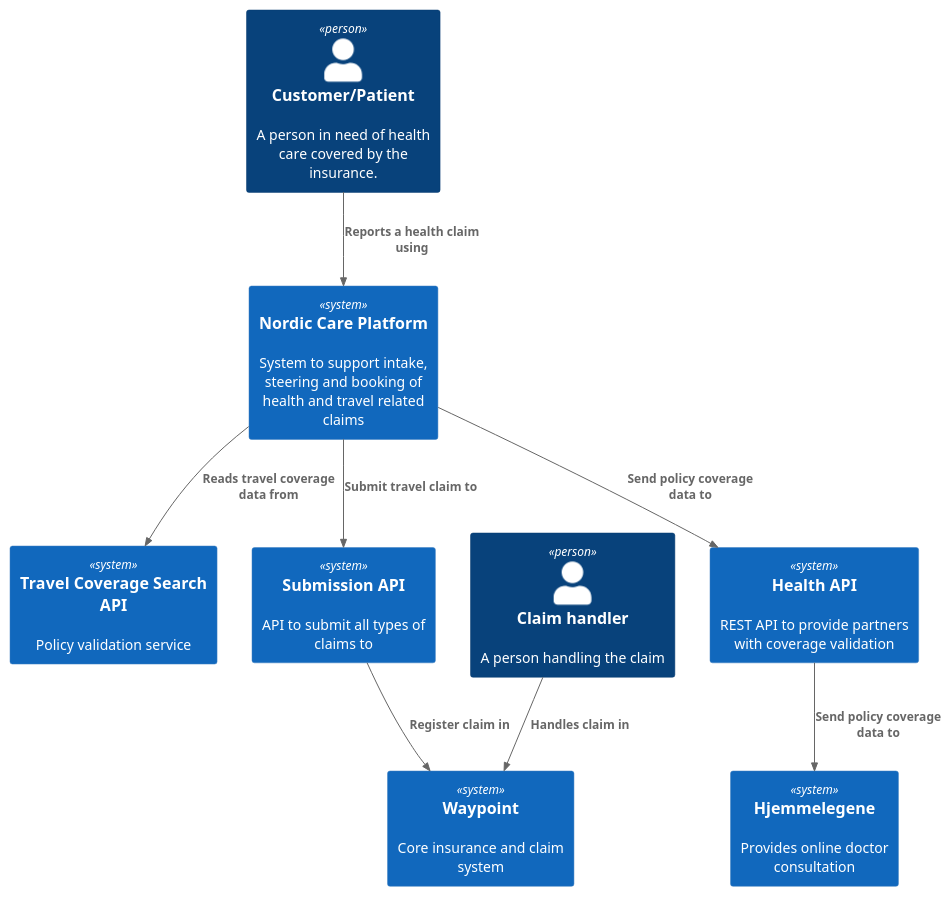
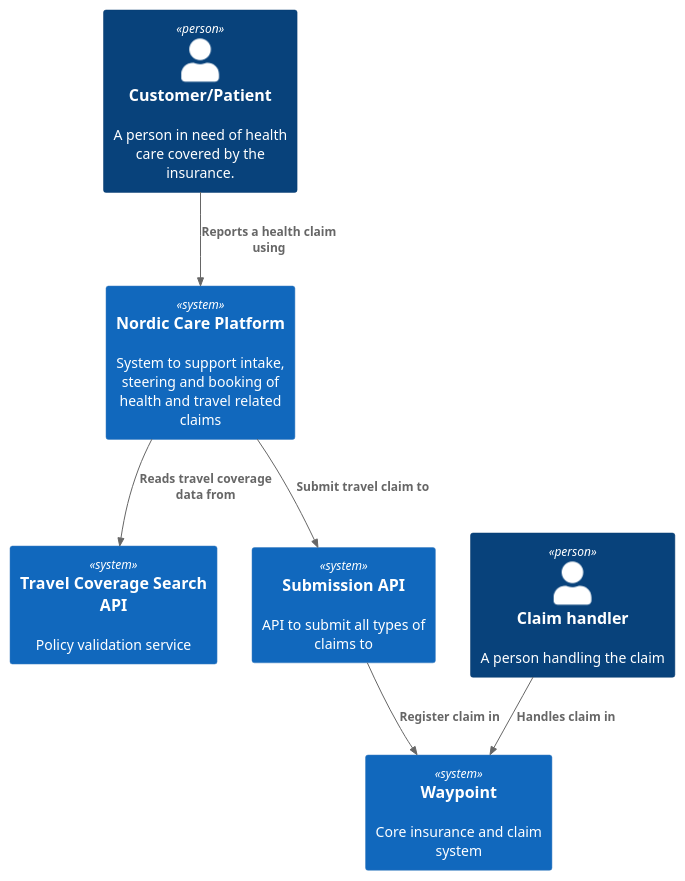
One commit to dereri/plantumldemo changed the diagram in C4-context.puml. Above: the diagram before and after it, drawn with PlantUML.

```diff
--- a/C4-context.puml
+++ b/C4-context.puml
@@ -1,19 +1,19 @@
 @startuml C4-context
 !include https://raw.githubusercontent.com/plantuml-stdlib/C4-PlantUML/master/C4_Context.puml
 Person(customer, "Customer/Patient", "A person in need of health care covered by the insurance.")
 Person(claimhandler, "Claim handler", "A person handling the claim")
 System(RSA_TRA, "Travel Coverage Search API", "Policy validation service")
 System(NCP,"Nordic Care Platform", "System to support intake, steering and booking of health and travel related claims")
 System(SubAPI, "Submission API", "API to submit all types of claims to")
-System(HealthAPI, "Health API", "REST API to provide partners with coverage validation")
-System(Partner, Hjemmelegene, "Provides online doctor consultation")
+'System(HealthAPI, "Health API", "REST API to provide partners with coverage validation")
+'System(Partner, Hjemmelegene, "Provides online doctor consultation")
 System(WP, "Waypoint", "Core insurance and claim system")
 
 Rel(customer,NCP, "Reports a health claim using")
 Rel(NCP, RSA_TRA, "Reads travel coverage data from")
 Rel(NCP, SubAPI, "Submit travel claim to")
 Rel(SubAPI, WP, "Register claim in")
 Rel(claimhandler, WP, "Handles claim in")
-Rel(NCP, HealthAPI, "Send policy coverage data to")
-Rel(HealthAPI, Partner, "Send policy coverage data to")
+'Rel(NCP, HealthAPI, "Send policy coverage data to")
+'Rel(Partner,HealthAPI "Ask for policy validation")
 @enduml
```
